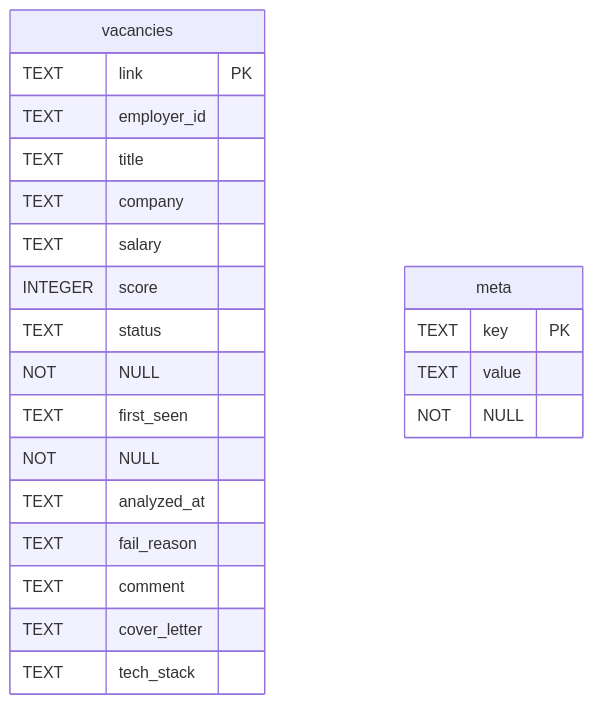
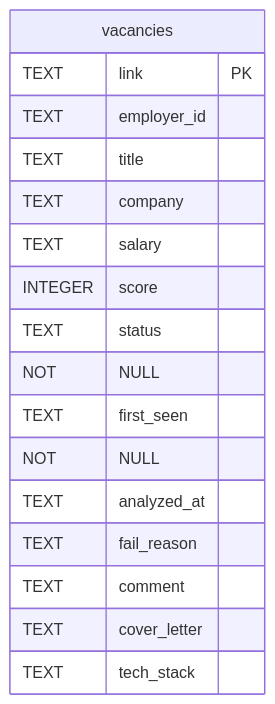
One commit to H09an/AiRecruiter changed the second of 2 diagrams in docs/architecture.md. Above: the diagram before and after it, drawn with Mermaid. The commit also changed other lines of this file and 14 other files, not shown here.

````diff
--- a/docs/architecture.md
+++ b/docs/architecture.md
@@ -134,22 +130,18 @@
 ```mermaid
 erDiagram
     vacancies {
         TEXT link PK
         TEXT employer_id
         TEXT title
         TEXT company
         TEXT salary
         INTEGER score
         TEXT status NOT NULL
         TEXT first_seen NOT NULL
         TEXT analyzed_at
         TEXT fail_reason
         TEXT comment
         TEXT cover_letter
         TEXT tech_stack
     }
-    meta {
-        TEXT key PK
-        TEXT value NOT NULL
-    }
 ```
````
